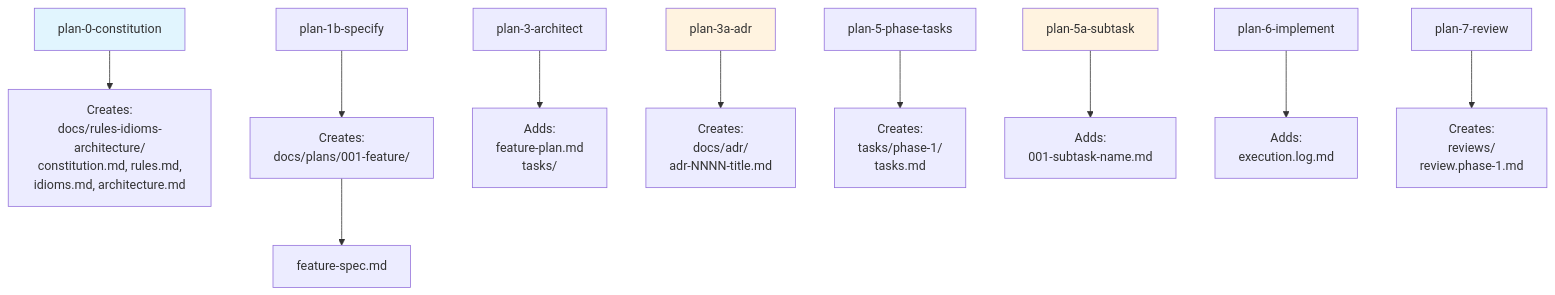
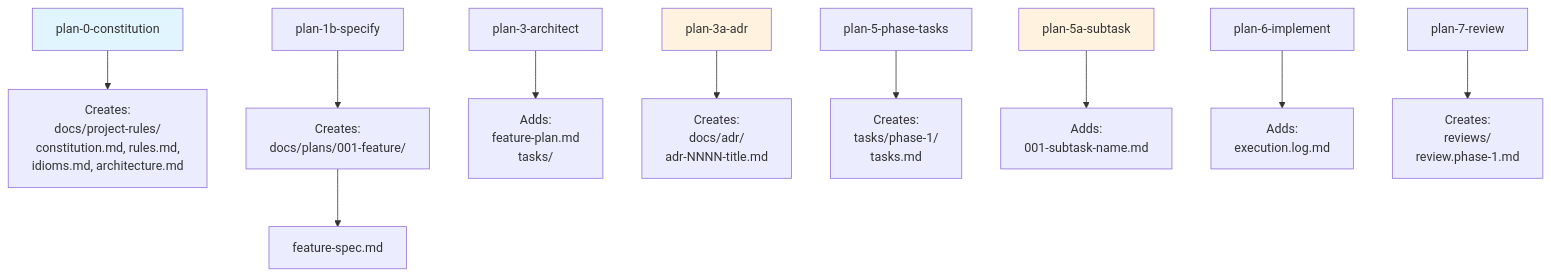
The seventh of 8 diagrams in src/jk_tools/agents/commands/README.md (jakkaj/tools), drawn with Mermaid before and after one commit. The commit also changed other lines of this file and 21 other files, not shown here.

First line of the commit message:
Refactor project rules documentation structure

````diff
--- a/src/jk_tools/agents/commands/README.md
+++ b/src/jk_tools/agents/commands/README.md
@@ -785,23 +785,23 @@
 ```mermaid
 graph TD
-    P0["plan-0-constitution"] --> D0["Creates:<br/>docs/rules-idioms-architecture/<br/>constitution.md, rules.md,<br/>idioms.md, architecture.md"]
+    P0["plan-0-constitution"] --> D0["Creates:<br/>docs/project-rules/<br/>constitution.md, rules.md,<br/>idioms.md, architecture.md"]
 
     P1B["plan-1b-specify"] --> D1["Creates:<br/>docs/plans/001-feature/"]
     D1 --> F1["feature-spec.md"]
 
     P3["plan-3-architect"] --> D3["Adds:<br/>feature-plan.md<br/>tasks/"]
 
     P3A["plan-3a-adr"] --> DADR["Creates:<br/>docs/adr/<br/>adr-NNNN-title.md"]
 
     P5["plan-5-phase-tasks"] --> D5["Creates:<br/>tasks/phase-1/<br/>tasks.md"]
 
     P5A["plan-5a-subtask"] --> D5A["Adds:<br/>001-subtask-name.md"]
 
     P6["plan-6-implement"] --> D6["Adds:<br/>execution.log.md"]
 
     P7["plan-7-review"] --> D7["Creates:<br/>reviews/<br/>review.phase-1.md"]
 
     style P0 fill:#e1f5fe
     style P3A fill:#fff3e0
     style P5A fill:#fff3e0
 ```
````
